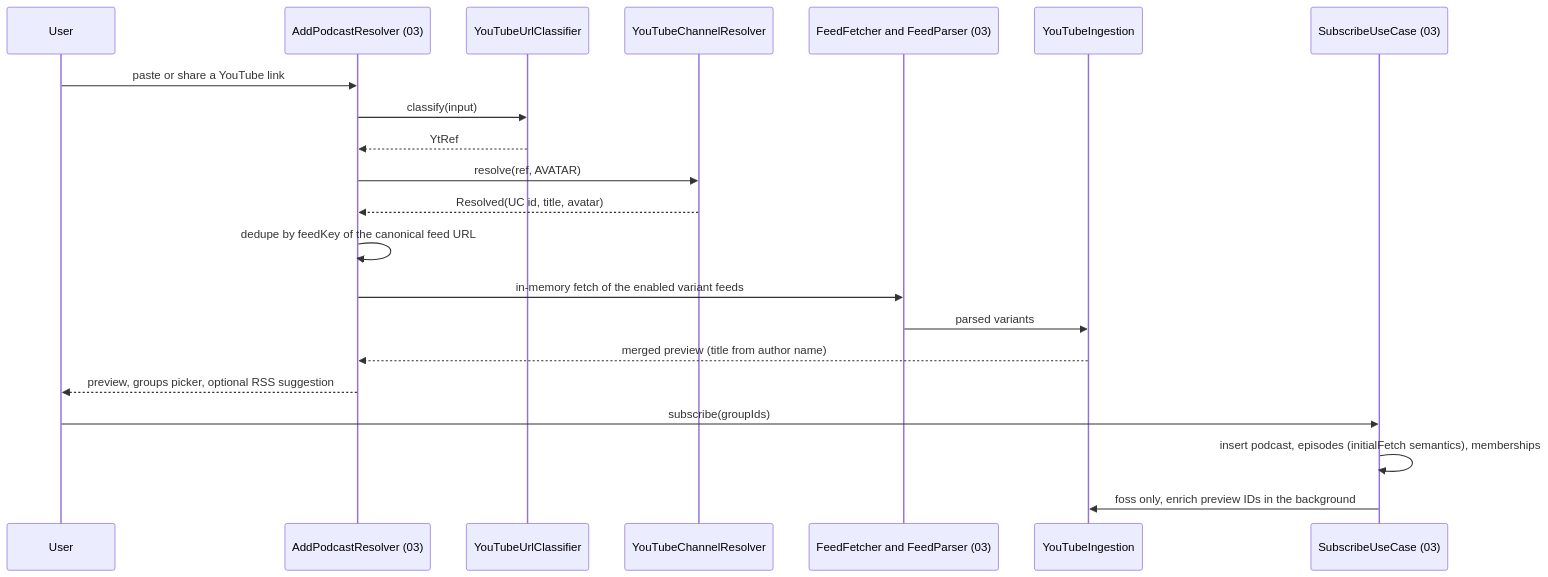
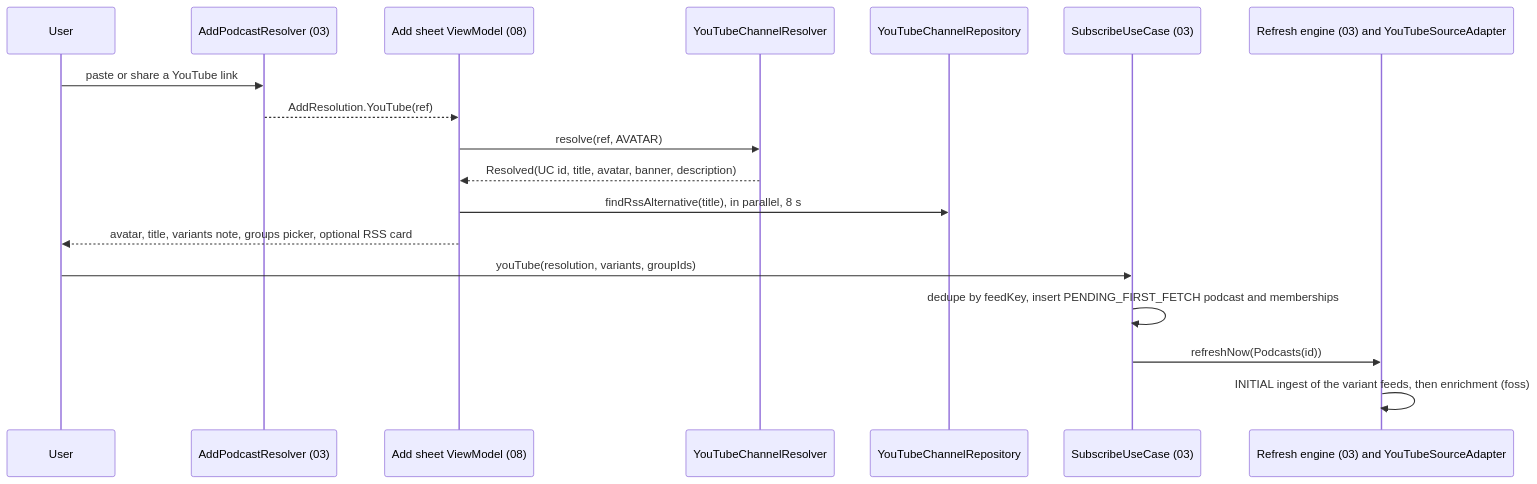
Before and after one commit to BigBoyDevBox/Neutrodyne: the second of 5 diagrams in docs/design/04-youtube.md, drawn with Mermaid. The commit also changed other lines of this file and 1 other file, not shown here.

````diff
--- a/docs/design/04-youtube.md
+++ b/docs/design/04-youtube.md
@@ -359,23 +379,20 @@
 ```mermaid
 sequenceDiagram
   participant U as User
   participant A as AddPodcastResolver (03)
-  participant C as YouTubeUrlClassifier
+  participant V as Add sheet ViewModel (08)
   participant R as YouTubeChannelResolver
-  participant F as FeedFetcher and FeedParser (03)
-  participant Y as YouTubeIngestion
+  participant Q as YouTubeChannelRepository
   participant S as SubscribeUseCase (03)
+  participant E as Refresh engine (03) and YouTubeSourceAdapter
   U->>A: paste or share a YouTube link
-  A->>C: classify(input)
-  C-->>A: YtRef
-  A->>R: resolve(ref, AVATAR)
-  R-->>A: Resolved(UC id, title, avatar)
-  A->>A: dedupe by feedKey of the canonical feed URL
-  A->>F: in-memory fetch of the enabled variant feeds
-  F->>Y: parsed variants
-  Y-->>A: merged preview (title from author name)
-  A-->>U: preview, groups picker, optional RSS suggestion
-  U->>S: subscribe(groupIds)
-  S->>S: insert podcast, episodes (initialFetch semantics), memberships
-  S->>Y: foss only, enrich preview IDs in the background
+  A-->>V: AddResolution.YouTube(ref)
+  V->>R: resolve(ref, AVATAR)
+  R-->>V: Resolved(UC id, title, avatar, banner, description)
+  V->>Q: findRssAlternative(title), in parallel, 8 s
+  V-->>U: avatar, title, variants note, groups picker, optional RSS card
+  U->>S: youTube(resolution, variants, groupIds)
+  S->>S: dedupe by feedKey, insert PENDING_FIRST_FETCH podcast and memberships
+  S->>E: refreshNow(Podcasts(id))
+  E->>E: INITIAL ingest of the variant feeds, then enrichment (foss)
 ```
````
